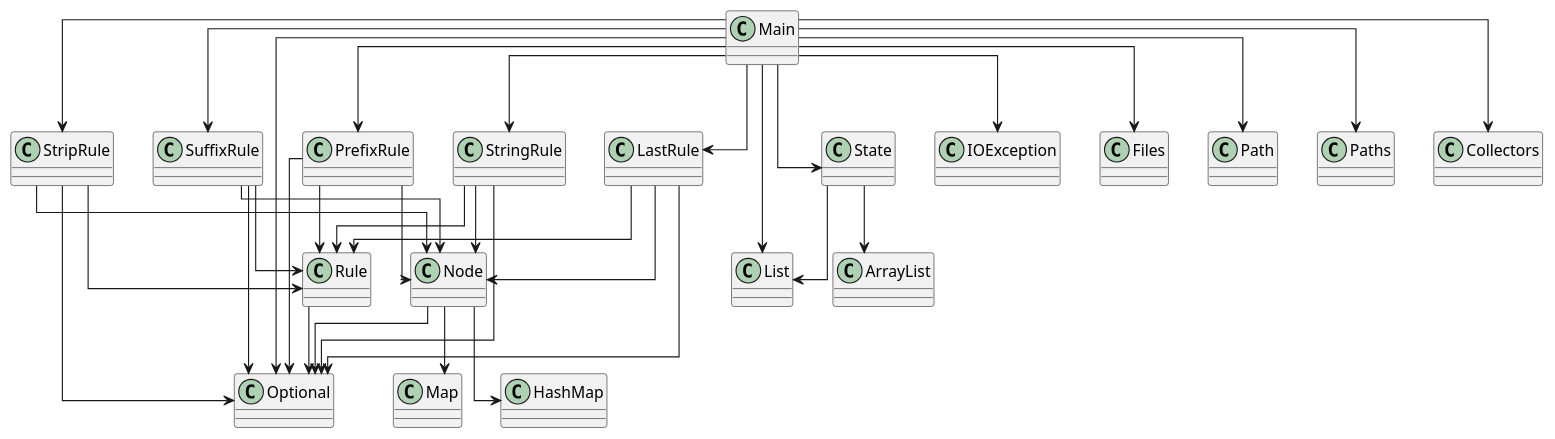
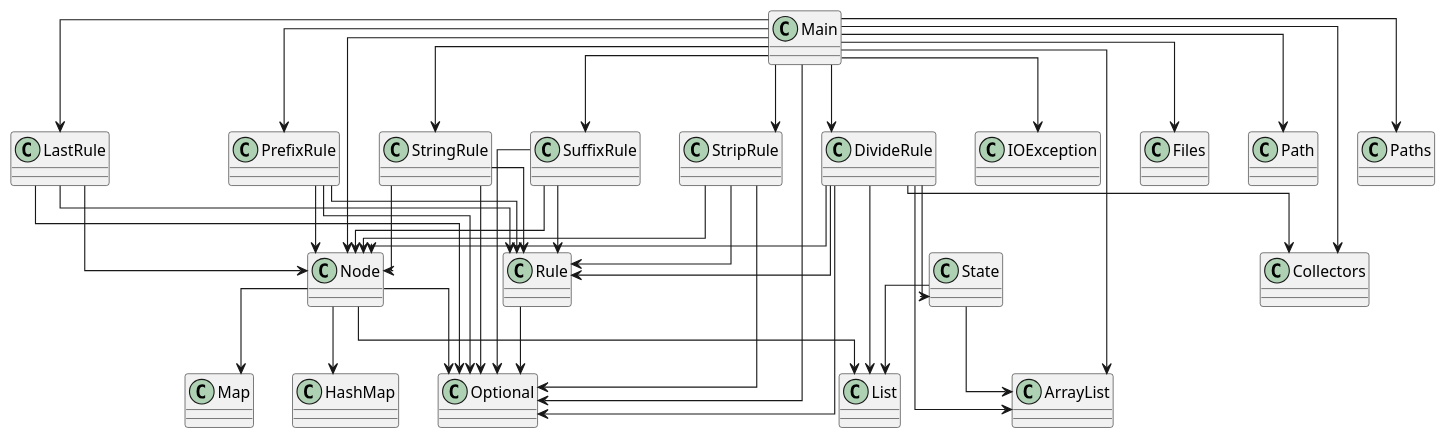
Before and after one commit to SirMathhman/Magma: the diagram in diagram.puml, drawn with PlantUML. The commit also changed 3 other files, not shown here.

Commit message:
DivideRule

```diff
--- a/diagram.puml
+++ b/diagram.puml
@@ -1,46 +1,56 @@
 @startuml
 skinparam linetype ortho
 class Node
 Node --> HashMap
+Node --> List
 Node --> Map
 Node --> Optional
 class SuffixRule
 SuffixRule --> Node
 SuffixRule --> Rule
 SuffixRule --> Optional
 class Rule
 Rule --> Optional
 class StripRule
 StripRule --> Node
 StripRule --> Rule
 StripRule --> Optional
 class LastRule
 LastRule --> Node
 LastRule --> Rule
 LastRule --> Optional
 class Main
-Main --> State
+Main --> Node
+Main --> DivideRule
 Main --> LastRule
 Main --> PrefixRule
 Main --> StringRule
 Main --> StripRule
 Main --> SuffixRule
 Main --> IOException
 Main --> Files
 Main --> Path
 Main --> Paths
-Main --> List
+Main --> ArrayList
 Main --> Optional
 Main --> Collectors
+class DivideRule
+DivideRule --> Node
+DivideRule --> Rule
+DivideRule --> State
+DivideRule --> ArrayList
+DivideRule --> List
+DivideRule --> Optional
+DivideRule --> Collectors
 class PrefixRule
 PrefixRule --> Node
 PrefixRule --> Rule
 PrefixRule --> Optional
 class StringRule
 StringRule --> Node
 StringRule --> Rule
 StringRule --> Optional
 class State
 State --> ArrayList
 State --> List
 @enduml
```
